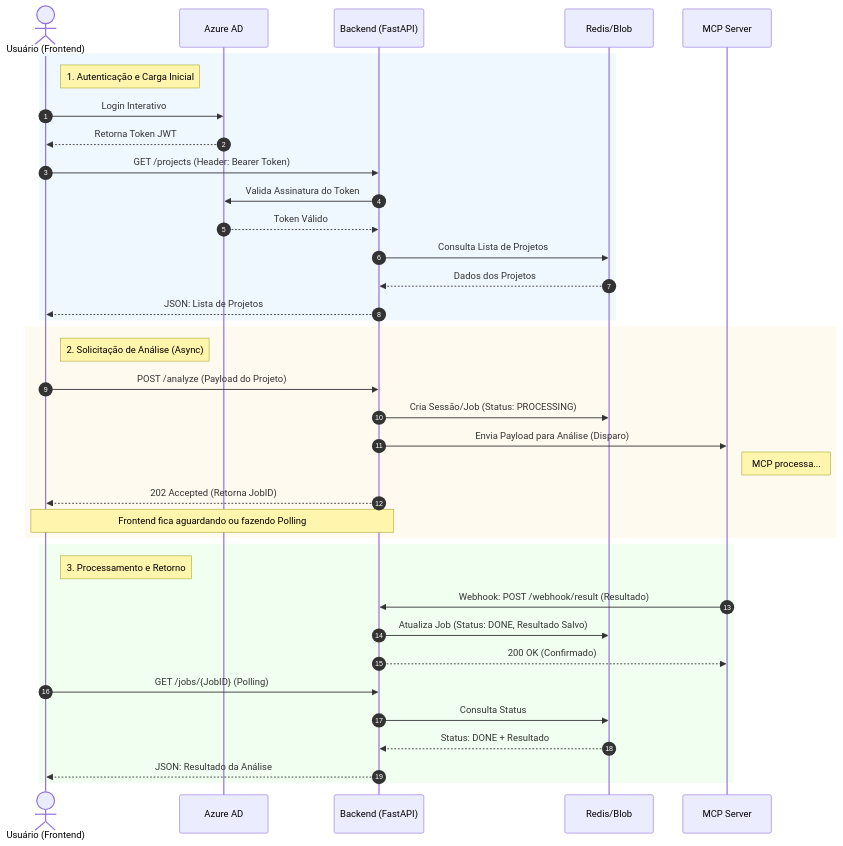
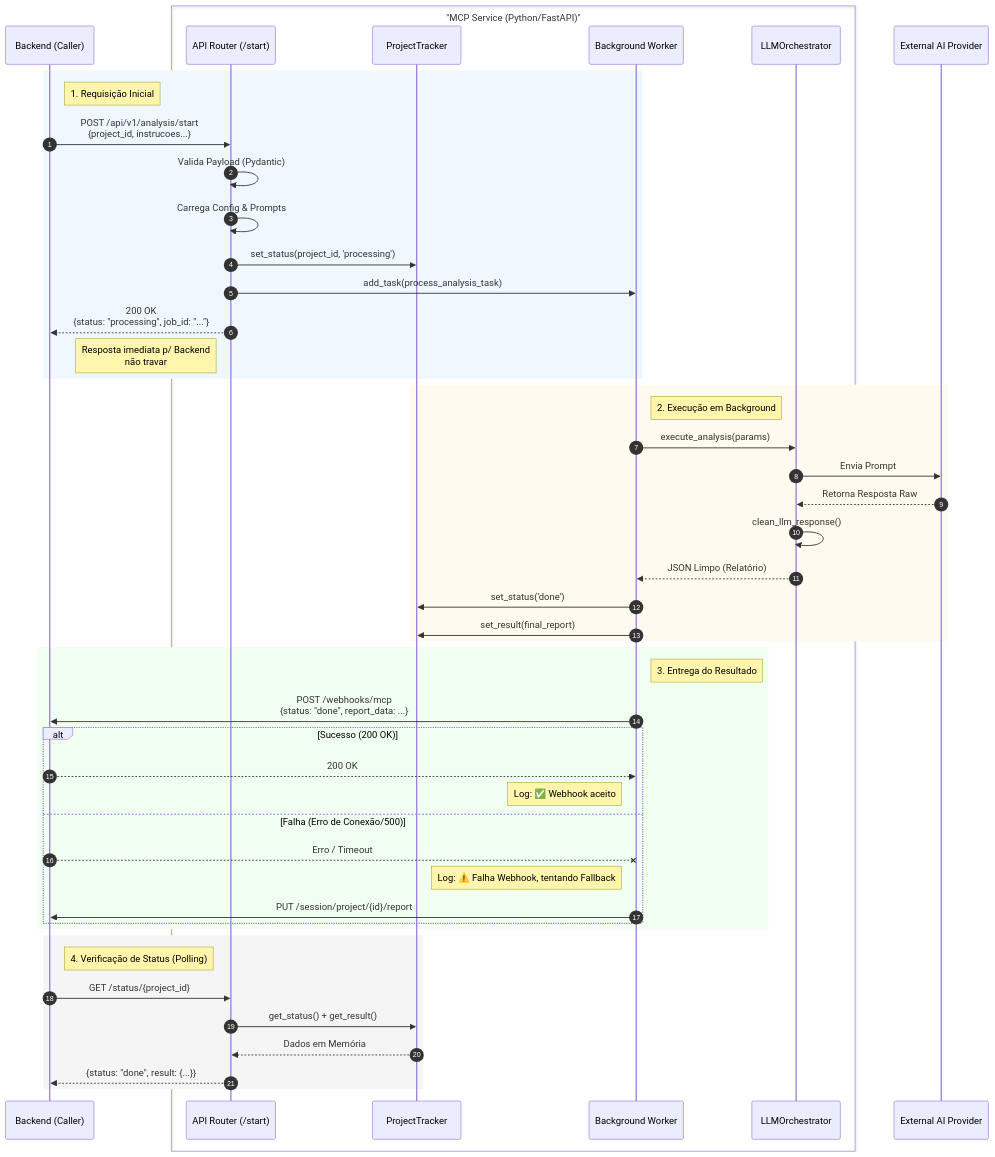
One commit to LucioFlavioRosa/agent changed the diagram in backend/docs/ARCHITECTURE_FLOW.md. Above: the diagram before and after it, drawn with Mermaid.

````diff
--- a/backend/docs/ARCHITECTURE_FLOW.md
+++ b/backend/docs/ARCHITECTURE_FLOW.md
@@ -7,49 +7,68 @@
 ```mermaid
 sequenceDiagram
     autonumber
-    actor User as Usuário (Frontend)
-    participant AD as Azure AD
-    participant API as Backend (FastAPI)
-    participant DB as Redis/Blob
-    participant MCP as MCP Server
+    participant BE as Backend (Caller)
+    
+    box "MCP Service (Python/FastAPI)" #f0f8ff
+        participant Router as API Router (/start)
+        participant Tracker as ProjectTracker
+        participant BgTask as Background Worker
+        participant Orch as LLMOrchestrator
+    end
+    
+    participant LLM as External AI Provider
 
+    %% FASE 1: INÍCIO SÍNCRONO
     rect rgb(240, 248, 255)
-        note right of User: 1. Autenticação e Carga Inicial
-        User->>AD: Login Interativo
-        AD-->>User: Retorna Token JWT
+        note right of BE: 1. Requisição Inicial
+        BE->>Router: POST /api/v1/analysis/start<br/>{project_id, instrucoes...}
         
-        User->>API: GET /projects (Header: Bearer Token)
-        API->>AD: Valida Assinatura do Token
-        AD-->>API: Token Válido
+        Router->>Router: Valida Payload (Pydantic)
+        Router->>Router: Carrega Config & Prompts
         
-        API->>DB: Consulta Lista de Projetos
-        DB-->>API: Dados dos Projetos
-        API-->>User: JSON: Lista de Projetos
+        Router->>Tracker: set_status(project_id, 'processing')
+        Router->>BgTask: add_task(process_analysis_task)
+        
+        Router-->>BE: 200 OK<br/>{status: "processing", job_id: "..."}
+        note left of Router: Resposta imediata p/ Backend<br/>não travar
     end
 
+    %% FASE 2: PROCESSAMENTO ASSÍNCRONO
     rect rgb(255, 250, 240)
-        note right of User: 2. Solicitação de Análise (Async)
-        User->>API: POST /analyze (Payload do Projeto)
+        note right of BgTask: 2. Execução em Background
+        BgTask->>Orch: execute_analysis(params)
         
-        API->>DB: Cria Sessão/Job (Status: PROCESSING)
-        API->>MCP: Envia Payload para Análise (Disparo)
+        Orch->>LLM: Envia Prompt
+        LLM-->>Orch: Retorna Resposta Raw
         
-        note right of MCP: MCP processa...
+        Orch->>Orch: clean_llm_response()
+        Orch-->>BgTask: JSON Limpo (Relatório)
         
-        API-->>User: 202 Accepted (Retorna JobID)
-        
-        note over User, API: Frontend fica aguardando ou fazendo Polling
+        BgTask->>Tracker: set_status('done')
+        BgTask->>Tracker: set_result(final_report)
     end
 
+    %% FASE 3: CALLBACK (WEBHOOK)
     rect rgb(240, 255, 240)
-        note right of User: 3. Processamento e Retorno
-        MCP->>API: Webhook: POST /webhook/result (Resultado)
-        API->>DB: Atualiza Job (Status: DONE, Resultado Salvo)
-        API-->>MCP: 200 OK (Confirmado)
+        note right of BgTask: 3. Entrega do Resultado
+        BgTask->>BE: POST /webhooks/mcp<br/>{status: "done", report_data: ...}
         
-        User->>API: GET /jobs/{JobID} (Polling)
-        API->>DB: Consulta Status
-        DB-->>API: Status: DONE + Resultado
-        API-->>User: JSON: Resultado da Análise
+        alt Sucesso (200 OK)
+            BE-->>BgTask: 200 OK
+            note left of BgTask: Log: ✅ Webhook aceito
+        else Falha (Erro de Conexão/500)
+            BE--xBgTask: Erro / Timeout
+            note left of BgTask: Log: ⚠️ Falha Webhook, tentando Fallback
+            BgTask->>BE: PUT /session/project/{id}/report
+        end
+    end
+    
+    %% FASE 4: POLLING (OPCIONAL)
+    rect rgb(245, 245, 245)
+        note right of BE: 4. Verificação de Status (Polling)
+        BE->>Router: GET /status/{project_id}
+        Router->>Tracker: get_status() + get_result()
+        Tracker-->>Router: Dados em Memória
+        Router-->>BE: {status: "done", result: {...}}
     end
 ```
````
